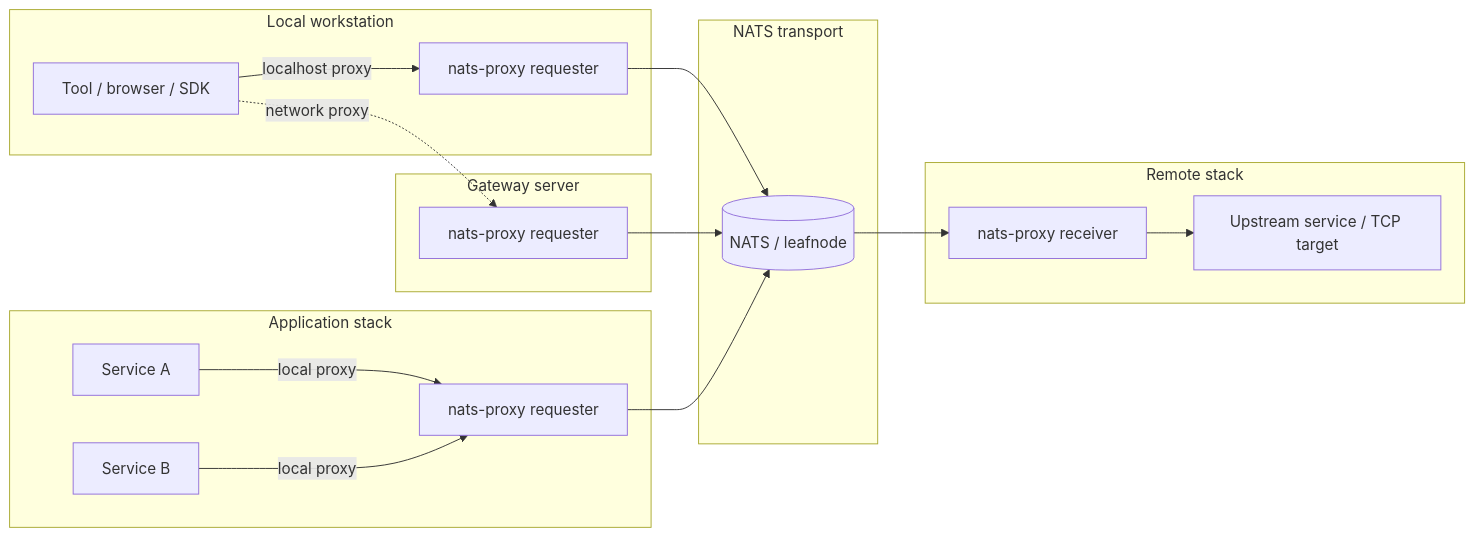
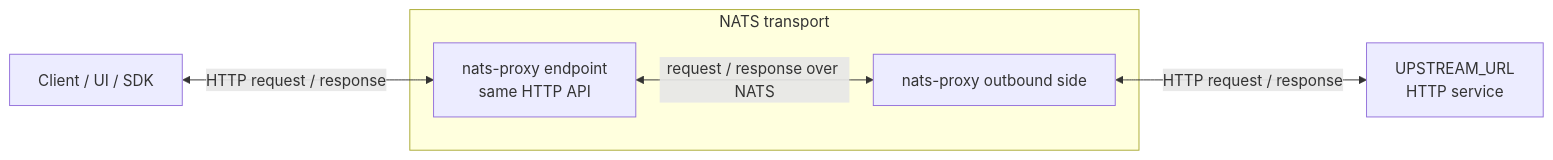
Before and after one commit to artyomb/nats-proxy: the first of 2 diagrams in README.md, drawn with Mermaid. The commit also changed other lines of this file, not shown here.

Commit message:
docs: update user-facing nats-proxy overview

````diff
--- a/README.md
+++ b/README.md
@@ -22,36 +35,14 @@
 ```mermaid
 flowchart LR
-  subgraph workstation["Local workstation"]
-    tool["Tool / browser / SDK"]
-    requester_local["nats-proxy requester"]
-    tool -->|localhost proxy| requester_local
+  client["Client / UI / SDK"]
+  upstream["UPSTREAM_URL<br/>HTTP service"]
+
+  subgraph transport["NATS transport"]
+    entry["nats-proxy endpoint<br/>same HTTP API"]
+    outbound["nats-proxy outbound side"]
+    entry <-->|request / response over NATS| outbound
   end
 
-  subgraph gateway["Gateway server"]
-    requester_gateway["nats-proxy requester"]
-  end
-
-  subgraph app_stack["Application stack"]
-    service_a["Service A"]
-    service_b["Service B"]
-    requester_stack["nats-proxy requester"]
-    service_a -->|local proxy| requester_stack
-    service_b -->|local proxy| requester_stack
-  end
-
-  subgraph transport["NATS transport"]
-    nats[("NATS / leafnode")]
-  end
-
-  subgraph remote_stack["Remote stack"]
-    receiver["nats-proxy receiver"]
-    upstream["Upstream service / TCP target"]
-    receiver --> upstream
-  end
-
-  tool -. network proxy .-> requester_gateway
-  requester_local --> nats
-  requester_gateway --> nats
-  requester_stack --> nats
-  nats --> receiver
+  client <-->|HTTP request / response| entry
+  outbound <-->|HTTP request / response| upstream
 ```
````
